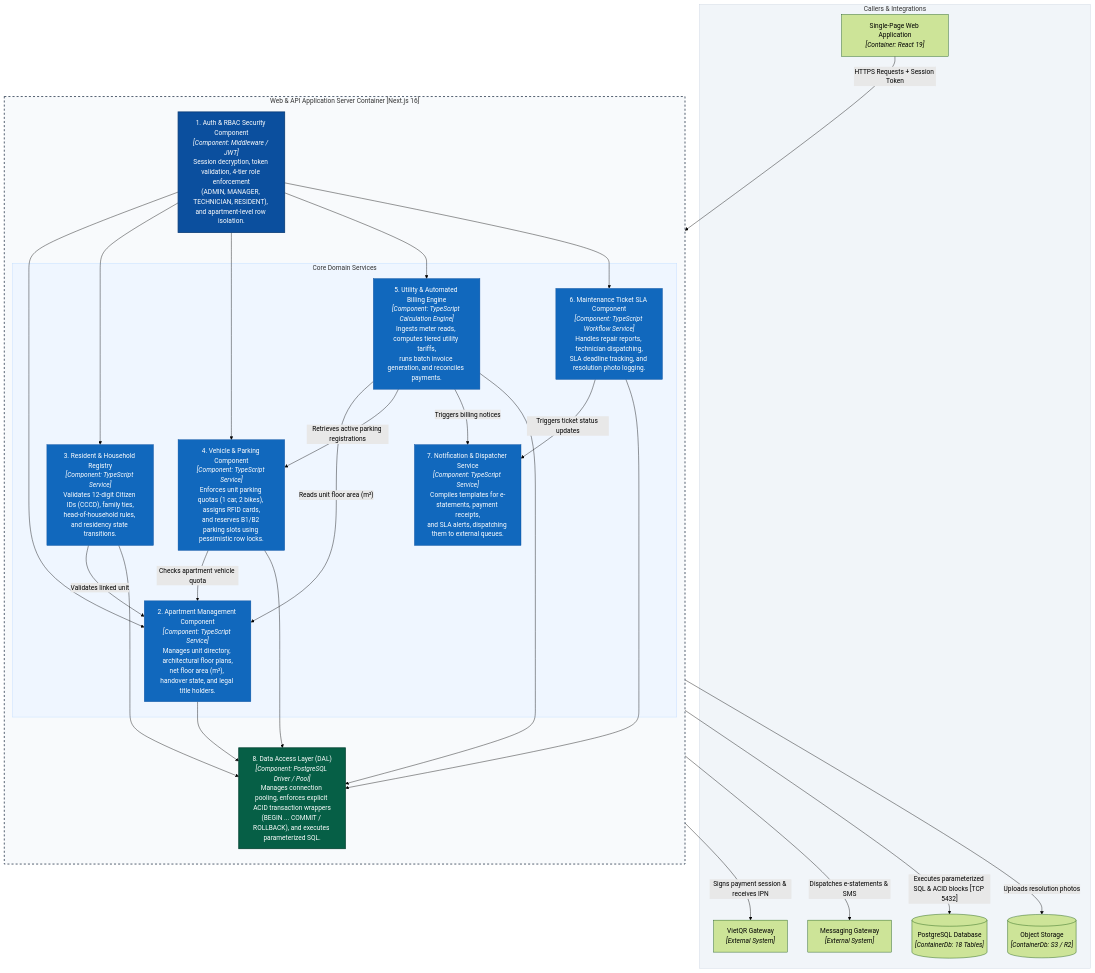
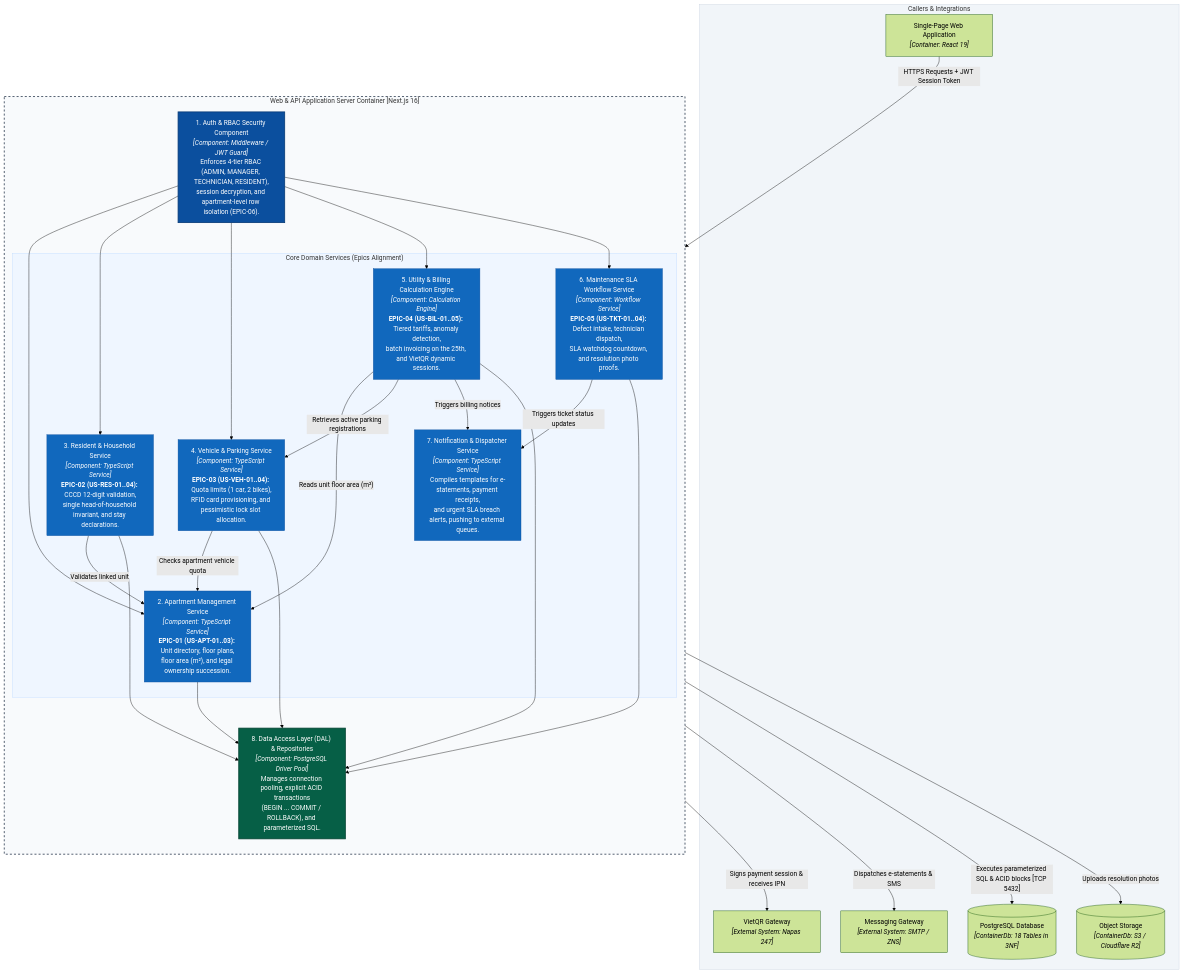
The fourth of 10 diagrams in docs/ARCHITECTURE_C4.md (QuanAnh280605/NguyenAnhQuan-Household-Management), drawn with Mermaid (forest theme) before and after one commit. The commit also changed other lines of this file and 5 other files, not shown here.

Commit message:
docs: add comprehensive project documentation including C4 architecture, API specs, requirements, and UI/UX specifications

````diff
--- a/docs/ARCHITECTURE_C4.md
+++ b/docs/ARCHITECTURE_C4.md
@@ -157,55 +249,55 @@
 ```mermaid
 flowchart TB
     subgraph callers["Callers & Integrations"]
         spa["Single-Page Web Application<br/><i>[Container: React 19]</i>"]
-        vietqr["VietQR Gateway<br/><i>[External System]</i>"]
-        mail["Messaging Gateway<br/><i>[External System]</i>"]
-        db[("PostgreSQL Database<br/><i>[ContainerDb: 18 Tables]</i>")]
-        storage[("Object Storage<br/><i>[ContainerDb: S3 / R2]</i>")]
+        vietqr["VietQR Gateway<br/><i>[External System: Napas 247]</i>"]
+        mail["Messaging Gateway<br/><i>[External System: SMTP / ZNS]</i>"]
+        db[("PostgreSQL Database<br/><i>[ContainerDb: 18 Tables in 3NF]</i>")]
+        storage[("Object Storage<br/><i>[ContainerDb: S3 / Cloudflare R2]</i>")]
     end
 
     subgraph api["Web & API Application Server Container [Next.js 16]"]
         direction TB
-        auth["1. Auth & RBAC Security Component<br/><i>[Component: Middleware / JWT]</i><br/>Session decryption, token validation, 4-tier role enforcement<br/>(ADMIN, MANAGER, TECHNICIAN, RESIDENT), and apartment-level row isolation."]
+        auth["1. Auth & RBAC Security Component<br/><i>[Component: Middleware / JWT Guard]</i><br/>Enforces 4-tier RBAC (ADMIN, MANAGER, TECHNICIAN, RESIDENT),<br/>session decryption, and apartment-level row isolation (EPIC-06)."]
         
-        subgraph domain_services["Core Domain Services"]
-            apt["2. Apartment Management Component<br/><i>[Component: TypeScript Service]</i><br/>Manages unit directory, architectural floor plans,<br/>net floor area (m²), handover state, and legal title holders."]
-            res["3. Resident & Household Registry<br/><i>[Component: TypeScript Service]</i><br/>Validates 12-digit Citizen IDs (CCCD), family ties,<br/>head-of-household rules, and residency state transitions."]
-            park["4. Vehicle & Parking Component<br/><i>[Component: TypeScript Service]</i><br/>Enforces unit parking quotas (1 car, 2 bikes), assigns RFID cards,<br/>and reserves B1/B2 parking slots using pessimistic row locks."]
-            bill["5. Utility & Automated Billing Engine<br/><i>[Component: TypeScript Calculation Engine]</i><br/>Ingests meter reads, computes tiered utility tariffs,<br/>runs batch invoice generation, and reconciles payments."]
-            ticket["6. Maintenance Ticket SLA Component<br/><i>[Component: TypeScript Workflow Service]</i><br/>Handles repair reports, technician dispatching,<br/>SLA deadline tracking, and resolution photo logging."]
-            notif["7. Notification & Dispatcher Service<br/><i>[Component: TypeScript Service]</i><br/>Compiles templates for e-statements, payment receipts,<br/>and SLA alerts, dispatching them to external queues."]
+        subgraph domain_services["Core Domain Services (Epics Alignment)"]
+            apt["2. Apartment Management Service<br/><i>[Component: TypeScript Service]</i><br/><b>EPIC-01 (US-APT-01..03):</b> Unit directory, floor plans,<br/>floor area (m²), and legal ownership succession."]
+            res["3. Resident & Household Service<br/><i>[Component: TypeScript Service]</i><br/><b>EPIC-02 (US-RES-01..04):</b> CCCD 12-digit validation,<br/>single head-of-household invariant, and stay declarations."]
+            park["4. Vehicle & Parking Service<br/><i>[Component: TypeScript Service]</i><br/><b>EPIC-03 (US-VEH-01..04):</b> Quota limits (1 car, 2 bikes),<br/>RFID card provisioning, and pessimistic lock slot allocation."]
+            bill["5. Utility & Billing Calculation Engine<br/><i>[Component: Calculation Engine]</i><br/><b>EPIC-04 (US-BIL-01..05):</b> Tiered tariffs, anomaly detection,<br/>batch invoicing on the 25th, and VietQR dynamic sessions."]
+            ticket["6. Maintenance SLA Workflow Service<br/><i>[Component: Workflow Service]</i><br/><b>EPIC-05 (US-TKT-01..04):</b> Defect intake, technician dispatch,<br/>SLA watchdog countdown, and resolution photo proofs."]
+            notif["7. Notification & Dispatcher Service<br/><i>[Component: TypeScript Service]</i><br/>Compiles templates for e-statements, payment receipts,<br/>and urgent SLA breach alerts, pushing to external queues."]
         end
 
-        repo["8. Data Access Layer (DAL)<br/><i>[Component: PostgreSQL Driver / Pool]</i><br/>Manages connection pooling, enforces explicit ACID transaction wrappers<br/>(BEGIN ... COMMIT / ROLLBACK), and executes parameterized SQL."]
+        repo["8. Data Access Layer (DAL) & Repositories<br/><i>[Component: PostgreSQL Driver Pool]</i><br/>Manages connection pooling, explicit ACID transactions<br/>(BEGIN ... COMMIT / ROLLBACK), and parameterized SQL."]
     end
 
-    spa -- "HTTPS Requests + Session Token" --> auth
+    spa -- "HTTPS Requests + JWT Session Token" --> auth
     auth --> apt & res & park & bill & ticket
 
     res -- "Validates linked unit" --> apt
     park -- "Checks apartment vehicle quota" --> apt
     bill -- "Reads unit floor area (m²)" --> apt
     bill -- "Retrieves active parking registrations" --> park
     bill -- "Triggers billing notices" --> notif
     ticket -- "Triggers ticket status updates" --> notif
 
     apt & res & park & bill & ticket --> repo
     repo -- "Executes parameterized SQL & ACID blocks [TCP 5432]" --> db
 
     bill -- "Signs payment session & receives IPN" --> vietqr
     ticket -- "Uploads resolution photos" --> storage
     notif -- "Dispatches e-statements & SMS" --> mail
 
     style auth fill:#0b4f9e,color:#fff,stroke:#083b77,stroke-width:2px
     style apt fill:#1168bd,color:#fff,stroke:#0b4f9e
     style res fill:#1168bd,color:#fff,stroke:#0b4f9e
     style park fill:#1168bd,color:#fff,stroke:#0b4f9e
     style bill fill:#1168bd,color:#fff,stroke:#0b4f9e
     style ticket fill:#1168bd,color:#fff,stroke:#0b4f9e
     style notif fill:#1168bd,color:#fff,stroke:#0b4f9e
     style repo fill:#065f46,color:#fff,stroke:#044332,stroke-width:2px
     style api fill:#f8fafc,stroke:#334155,stroke-width:2px,stroke-dasharray: 5 5
     style domain_services fill:#eff6ff,stroke:#bfdbfe
     style callers fill:#f1f5f9,stroke:#cbd5e1
 ```
````
